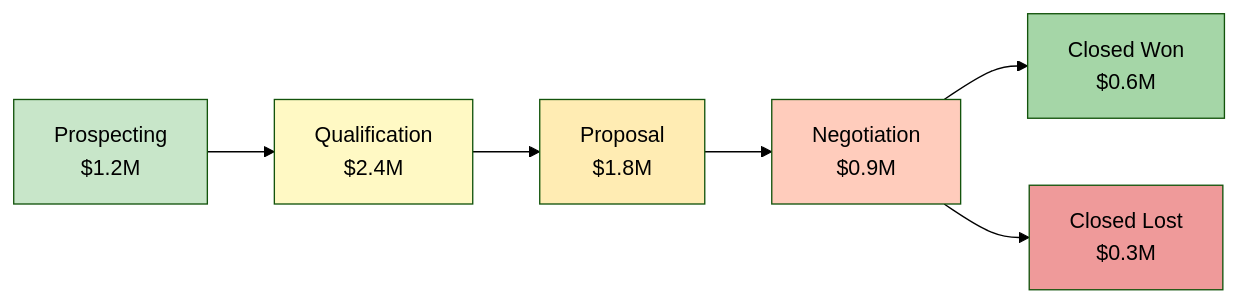
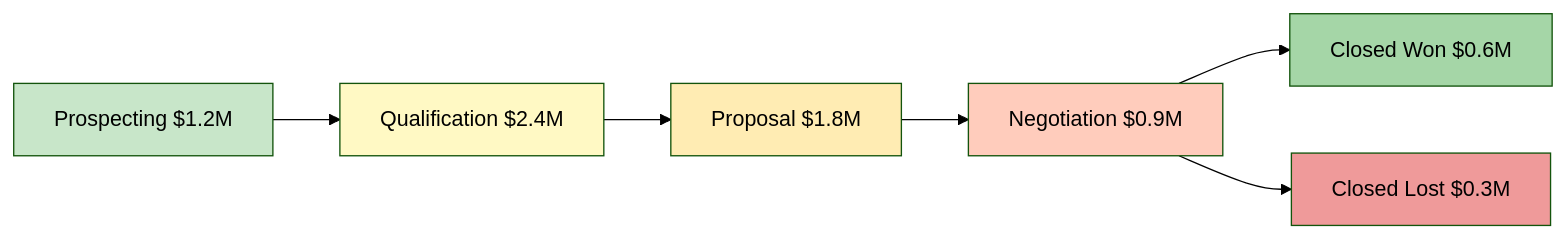
The third of 5 diagrams in docs/modules/sales-crm/sales-crm-guide.md (eltonaguiar/ServiceNow_Learning_TSOM-_CSM_FSM_SalesCRM_HAM_ITSM), drawn with Mermaid (forest theme) before and after one commit. The commit also changed other lines of this file and 11 other files, not shown here.

First line of the commit message:
Fix all mermaid diagrams: remove br/ tags that break rendering on GitHub Pages

````diff
--- a/docs/modules/sales-crm/sales-crm-guide.md
+++ b/docs/modules/sales-crm/sales-crm-guide.md
@@ -491,15 +491,15 @@
 ```mermaid
 graph LR
-    P1[Prospecting<br/>$1.2M] --> P2[Qualification<br/>$2.4M]
-    P2 --> P3[Proposal<br/>$1.8M]
-    P3 --> P4[Negotiation<br/>$0.9M]
-    P4 --> W[Closed Won<br/>$0.6M]
-    P4 --> L2[Closed Lost<br/>$0.3M]
+    P1[Prospecting $1.2M] --> P2[Qualification $2.4M]
+    P2 --> P3[Proposal $1.8M]
+    P3 --> P4[Negotiation $0.9M]
+    P4 --> W[Closed Won $0.6M]
+    P4 --> L2[Closed Lost $0.3M]
 
     style P1 fill:#c8e6c9,color:#000
     style P2 fill:#fff9c4,color:#000
     style P3 fill:#ffecb3,color:#000
     style P4 fill:#ffccbc,color:#000
     style W fill:#a5d6a7,color:#000
     style L2 fill:#ef9a9a,color:#000
 ```
````
